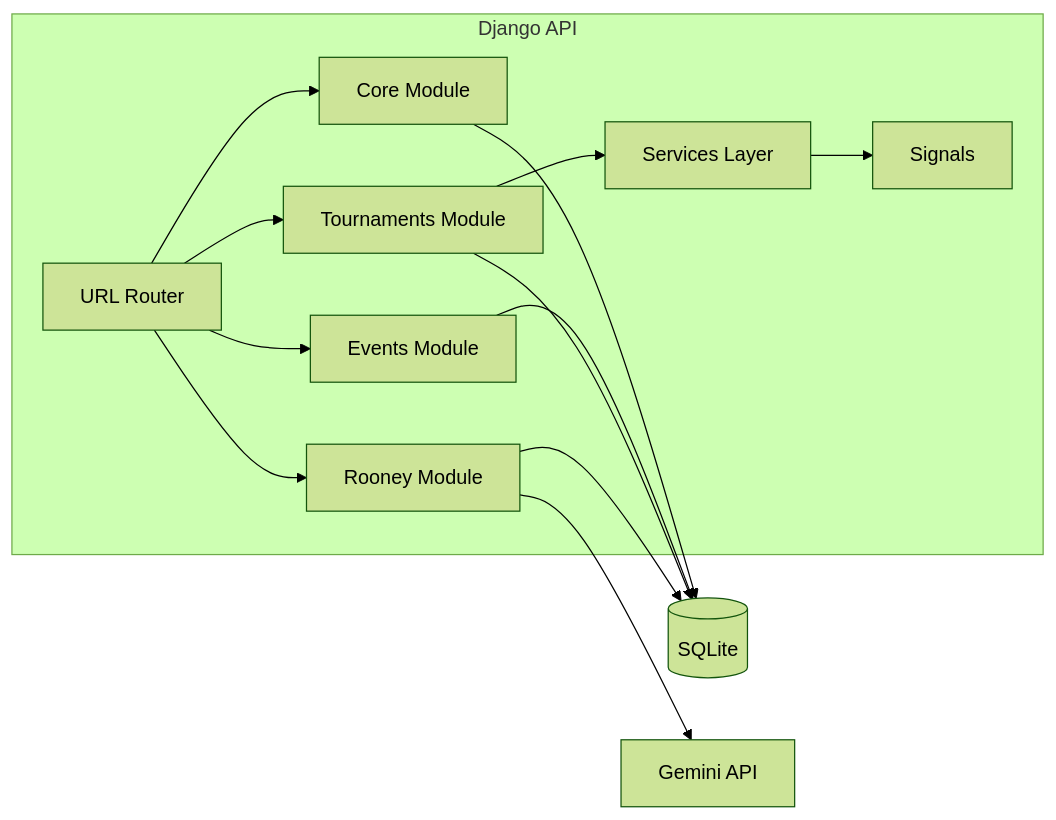
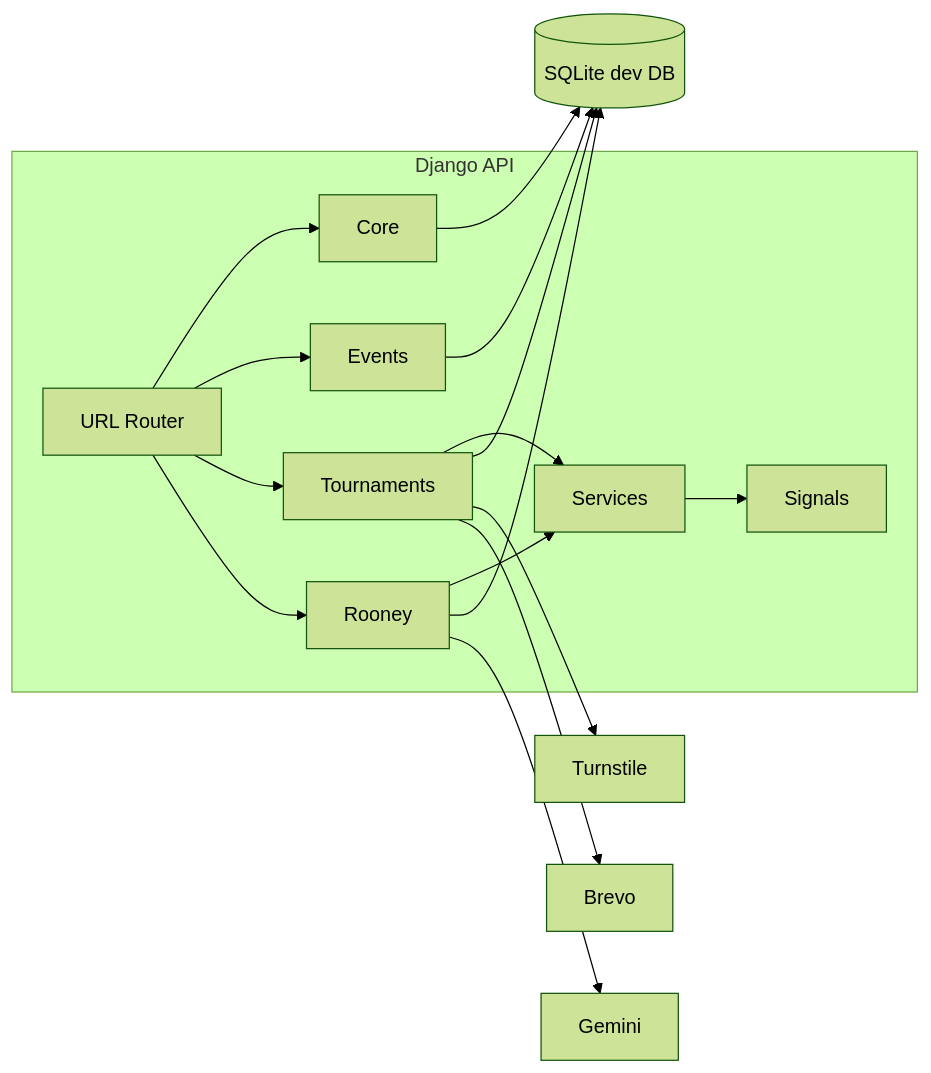
The diagram in architecture/02-backend-architecture.md (avocadoise/EnvergaArena), drawn with Mermaid (forest theme) before and after one commit. The commit also changed other lines of this file, not shown here.

Commit message:
feat: enhance backend architecture documentation with detailed environment setup, project structure, and authentication flow

````diff
--- a/architecture/02-backend-architecture.md
+++ b/architecture/02-backend-architecture.md
@@ -204,26 +304,29 @@
 ```mermaid
 flowchart LR
     subgraph Django API
         U[URL Router]
-        K[Core Module]
-        V[Events Module]
-        W[Tournaments Module]
-        X[Rooney Module]
-        S[Services Layer]
+        K[Core]
+        V[Events]
+        W[Tournaments]
+        X[Rooney]
+        S[Services]
         G[Signals]
     end
 
     U --> K
     U --> V
     U --> W
     U --> X
 
     W --> S
     S --> G
+    X --> S
 
-    K --> DB[(SQLite)]
+    K --> DB[(SQLite dev DB)]
     V --> DB
     W --> DB
     X --> DB
-    X --> LLM[Gemini API]
+    X --> LLM[Gemini]
+    W --> CF[Turnstile]
+    W --> BR[Brevo]
 ```
````
